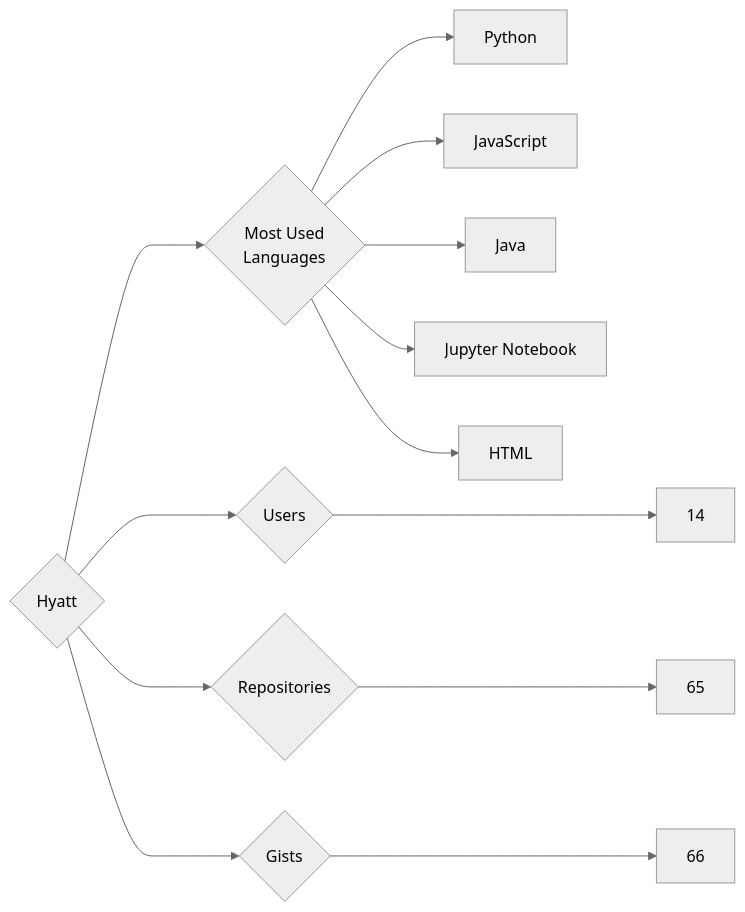
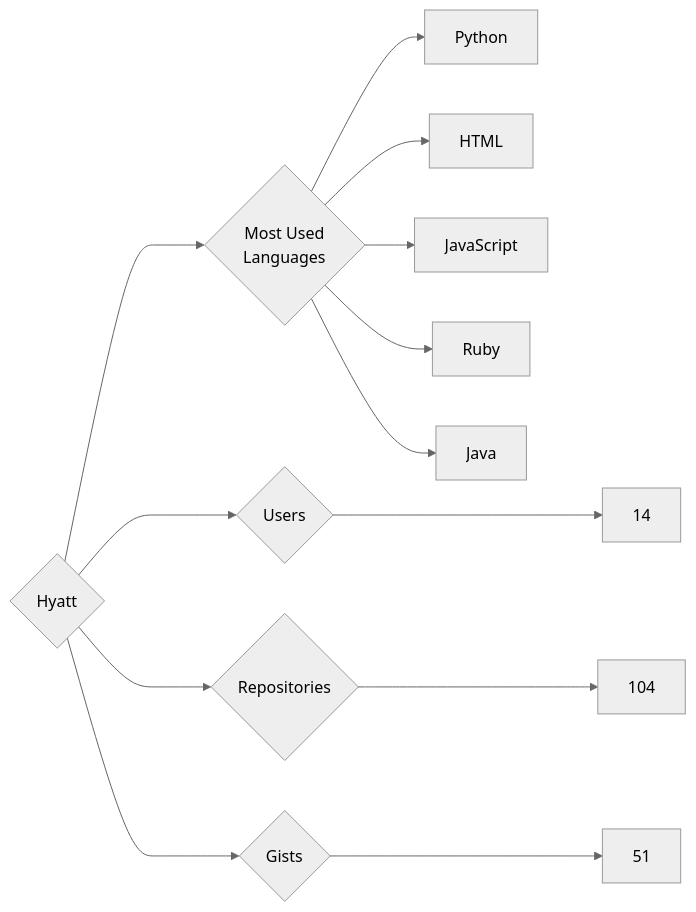
One commit to trickest/insiders changed the diagram in targets/Hyatt/README.md. Above: the diagram before and after it, drawn with Mermaid (neutral theme). The commit also changed 752 other files, not shown here.

````diff
--- a/targets/Hyatt/README.md
+++ b/targets/Hyatt/README.md
@@ -3,13 +3,13 @@
 ```mermaid
 graph LR
 COMPANY_NAME{Hyatt}
 COMPANY_NAME ---> U{Users} ---> UN[14]
-COMPANY_NAME ---> R{Repositories} ---> RN[65]
-COMPANY_NAME ---> G{Gists} ---> GN[66]
+COMPANY_NAME ---> R{Repositories} ---> RN[104]
+COMPANY_NAME ---> G{Gists} ---> GN[51]
 COMPANY_NAME ---> ML{Most Used<br>Languages}
 ML --> Python[Python]
+ML --> HTML[HTML]
 ML --> JavaScript[JavaScript]
+ML --> Ruby[Ruby]
 ML --> Java[Java]
-ML --> Jupyter_Notebook[Jupyter Notebook]
-ML --> HTML[HTML]
 ```
````
